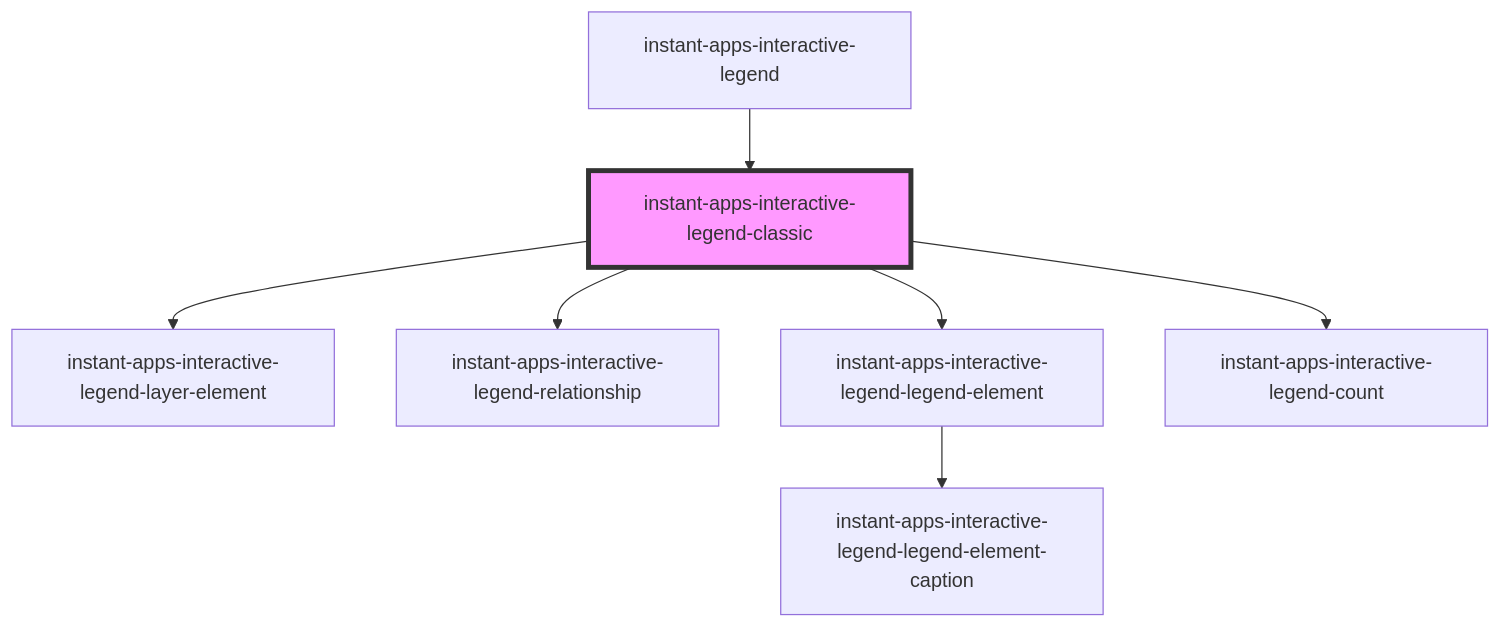
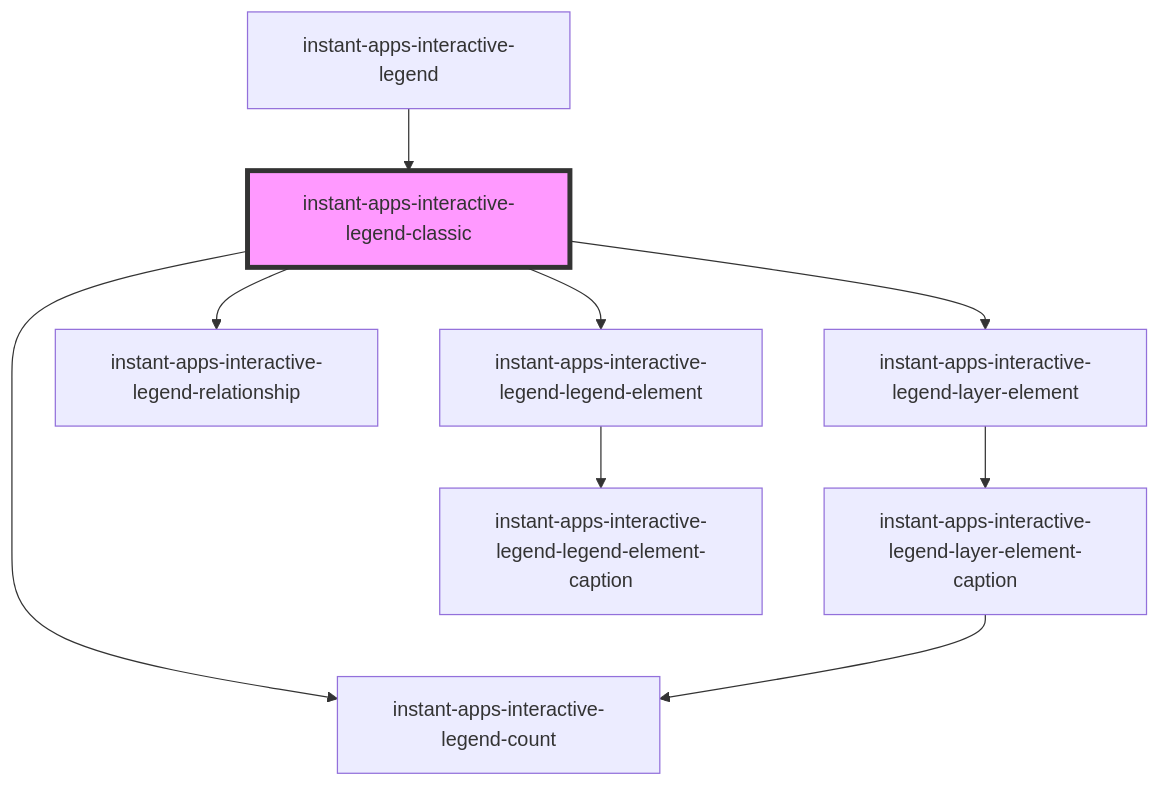
Before and after one commit to Esri/instant-apps-components: the diagram in src/components/instant-apps-interactive-legend/instant-apps-interactive-legend-classic/readme.md, drawn with Mermaid. The commit also changed 13 other files, not shown here.

Commit message:
chore: more renaming of instant-apps-interactive-legend's sub components

````diff
--- a/src/components/instant-apps-interactive-legend/instant-apps-interactive-legend-classic/readme.md
+++ b/src/components/instant-apps-interactive-legend/instant-apps-interactive-legend-classic/readme.md
@@ -31,10 +31,12 @@
 ```mermaid
 graph TD;
   instant-apps-interactive-legend-classic --> instant-apps-interactive-legend-layer-element
   instant-apps-interactive-legend-classic --> instant-apps-interactive-legend-relationship
   instant-apps-interactive-legend-classic --> instant-apps-interactive-legend-legend-element
   instant-apps-interactive-legend-classic --> instant-apps-interactive-legend-count
+  instant-apps-interactive-legend-layer-element --> instant-apps-interactive-legend-layer-element-caption
+  instant-apps-interactive-legend-layer-element-caption --> instant-apps-interactive-legend-count
   instant-apps-interactive-legend-legend-element --> instant-apps-interactive-legend-legend-element-caption
   instant-apps-interactive-legend --> instant-apps-interactive-legend-classic
   style instant-apps-interactive-legend-classic fill:#f9f,stroke:#333,stroke-width:4px
 ```
````
